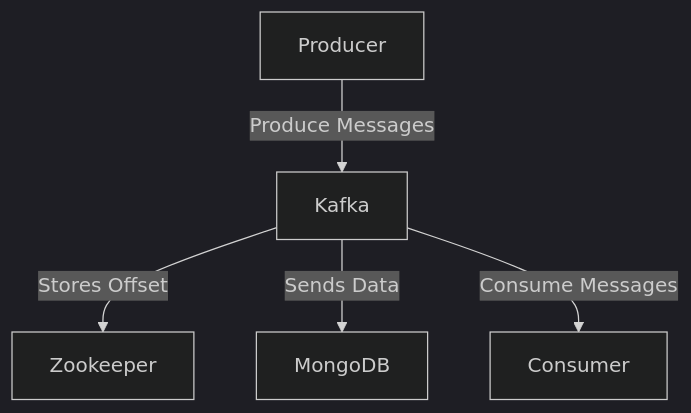
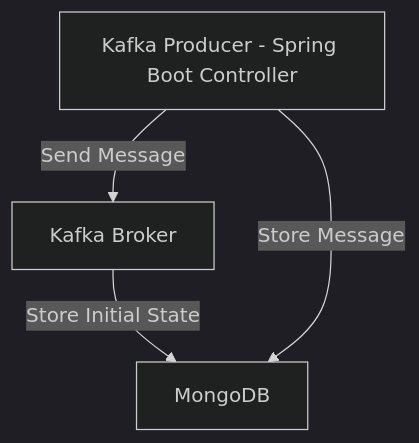
One commit to malbarracin/kafka-producer changed the diagram in README.md. Above: the diagram before and after it, drawn with Mermaid (dark theme). The commit also changed other lines of this file, not shown here.

Commit message:
kafka-producer

````diff
--- a/README.md
+++ b/README.md
@@ -72,7 +72,6 @@
 ```mermaid
 graph TD;
-    A[Producer] -->|Produce Messages| B[Kafka];
-    B -->|Stores Offset| C[Zookeeper];
-    B -->|Sends Data| D[MongoDB];
-    B -->|Consume Messages| E[Consumer];
+    A[Kafka Producer - Spring Boot Controller] -->|Send Message| B[Kafka Broker];
+    B -->|Store Initial State| C[MongoDB];
+    A -->|Store Message| C;
 ```    
````
